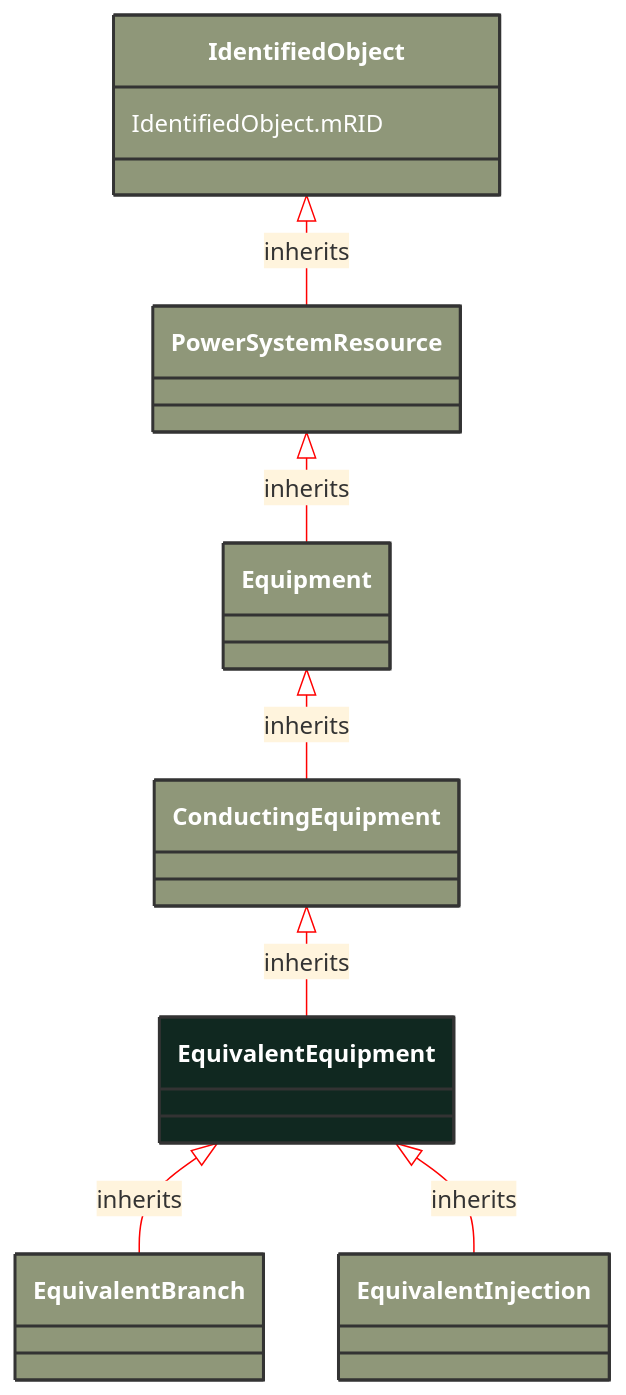
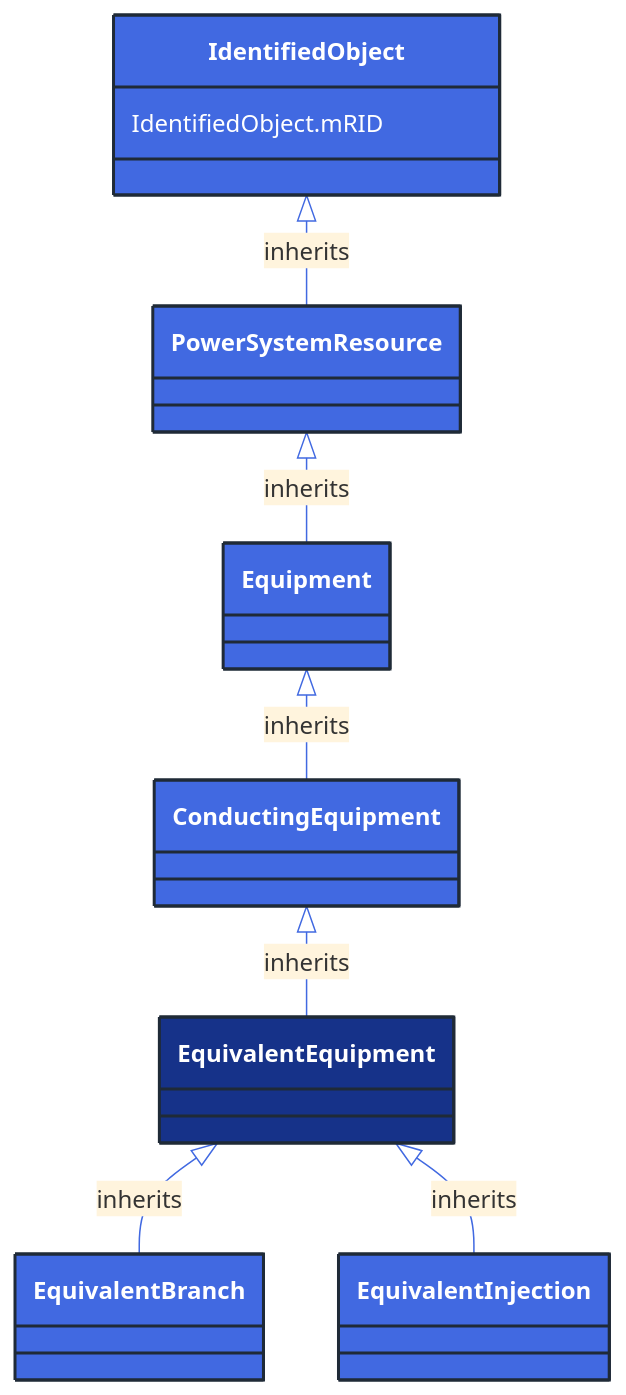
Before and after one commit to 3lbits/NoCIMExtensions: the diagram in docs/Models/Profiles/ShortCircuit/AbstractClasses/EquivalentEquipment.md, drawn with Mermaid. The commit also changed 362 other files, not shown here.

First line of the commit message:
Update diagrams and styles for improved visual consistency

````diff
--- a/docs/Models/Profiles/ShortCircuit/AbstractClasses/EquivalentEquipment.md
+++ b/docs/Models/Profiles/ShortCircuit/AbstractClasses/EquivalentEquipment.md
@@ -10,39 +10,39 @@
 ```mermaid
-%%{init: {'theme':'base','themeVariables': {'lineColor': '#FF0000'}}}%%
+%%{init: {'theme':'base','themeVariables': {'lineColor': '#4169E1'}}}%%
 classDiagram
     class EquivalentEquipment
     click EquivalentEquipment href "/Models/Profiles/ShortCircuit/AbstractClasses/EquivalentEquipment/"
-    style EquivalentEquipment fill:#102820,stroke:#333,stroke-width:2px,rx:10,ry:10,color:white
+    style EquivalentEquipment fill:#163289,stroke:#1F2A37,stroke-width:2px,rx:10,ry:10,color:white
 
         EquivalentEquipment <|-- EquivalentBranch : inherits
 
         EquivalentBranch
             click EquivalentBranch href "/Models/Profiles/ShortCircuit/ConcreteClasses/EquivalentBranch/"
-            style EquivalentBranch fill:#8F9779,stroke:#333,stroke-width:2px,rx:10,ry:10,color:white
+            style EquivalentBranch fill:#4169E1,stroke:#1F2A37,stroke-width:2px,rx:10,ry:10,color:white
 
         EquivalentEquipment <|-- EquivalentInjection : inherits
 
         EquivalentInjection
             click EquivalentInjection href "/Models/Profiles/ShortCircuit/ConcreteClasses/EquivalentInjection/"
-            style EquivalentInjection fill:#8F9779,stroke:#333,stroke-width:2px,rx:10,ry:10,color:white
+            style EquivalentInjection fill:#4169E1,stroke:#1F2A37,stroke-width:2px,rx:10,ry:10,color:white
      
         ConductingEquipment <|-- EquivalentEquipment : inherits
             click ConductingEquipment href "/Models/Profiles/ShortCircuit/AbstractClasses/ConductingEquipment/"
-            style ConductingEquipment fill:#8F9779,stroke:#333,stroke-width:2px,rx:10,ry:10,color:white
+            style ConductingEquipment fill:#4169E1,stroke:#1F2A37,stroke-width:2px,rx:10,ry:10,color:white
      
         Equipment <|-- ConductingEquipment : inherits
             click Equipment href "/Models/Profiles/ShortCircuit/AbstractClasses/Equipment/"
-            style Equipment fill:#8F9779,stroke:#333,stroke-width:2px,rx:10,ry:10,color:white
+            style Equipment fill:#4169E1,stroke:#1F2A37,stroke-width:2px,rx:10,ry:10,color:white
      
         PowerSystemResource <|-- Equipment : inherits
             click PowerSystemResource href "/Models/Profiles/ShortCircuit/AbstractClasses/PowerSystemResource/"
-            style PowerSystemResource fill:#8F9779,stroke:#333,stroke-width:2px,rx:10,ry:10,color:white
+            style PowerSystemResource fill:#4169E1,stroke:#1F2A37,stroke-width:2px,rx:10,ry:10,color:white
      
         IdentifiedObject <|-- PowerSystemResource : inherits
             click IdentifiedObject href "/Models/Profiles/ShortCircuit/AbstractClasses/IdentifiedObject/"
-            style IdentifiedObject fill:#8F9779,stroke:#333,stroke-width:2px,rx:10,ry:10,color:white
+            style IdentifiedObject fill:#4169E1,stroke:#1F2A37,stroke-width:2px,rx:10,ry:10,color:white
 
 
 
         IdentifiedObject : IdentifiedObject.mRID
 ```
````
